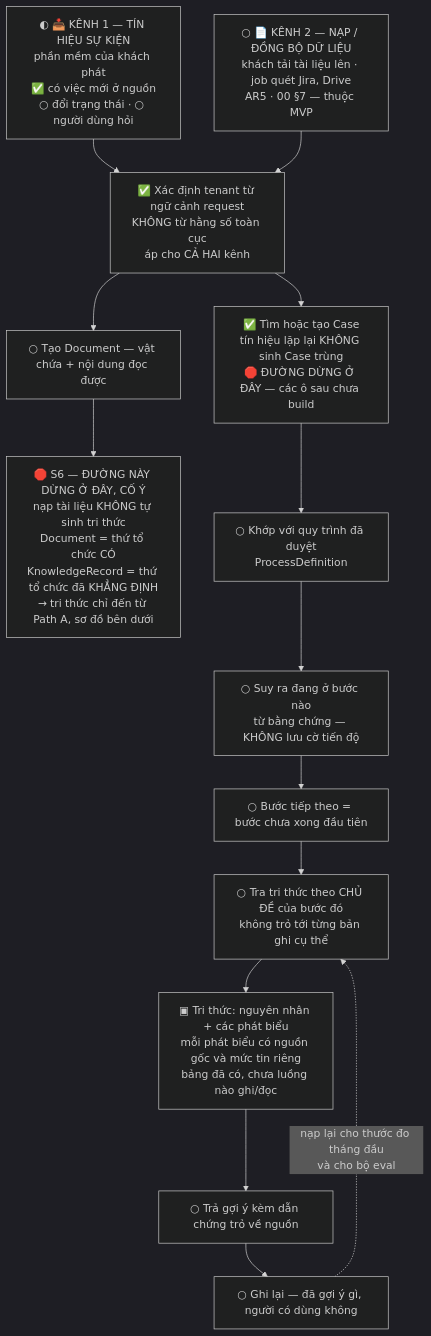
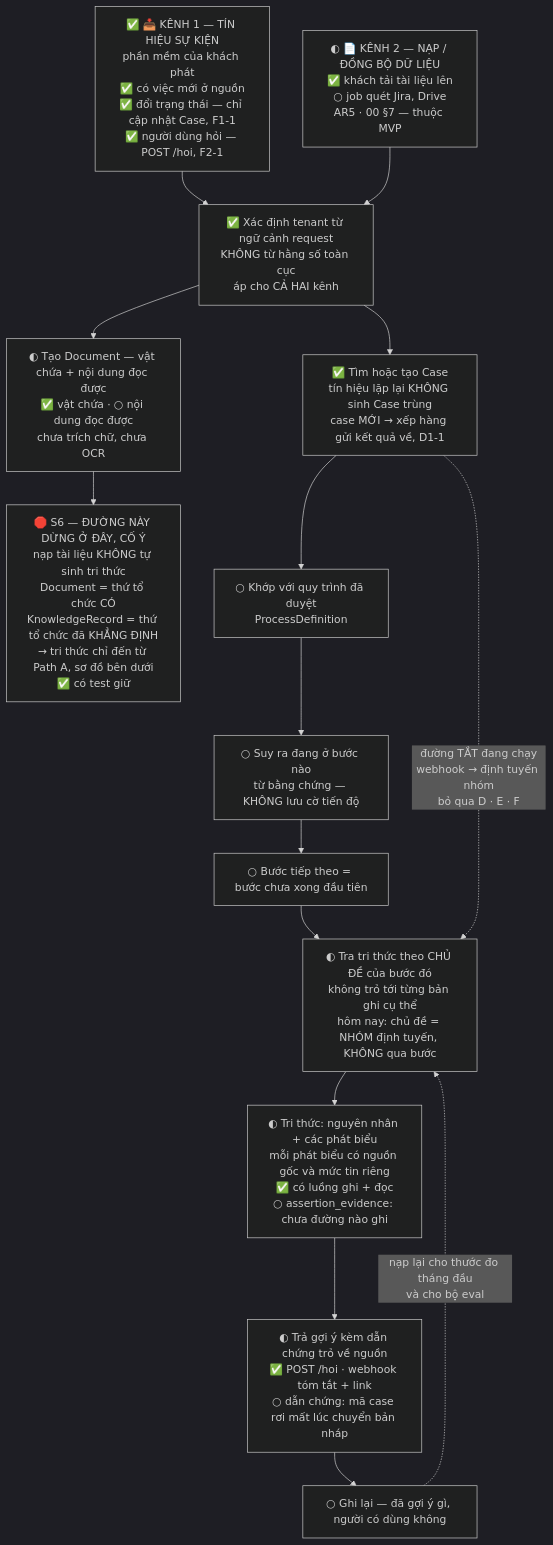
One commit to pvanh2706/ai-operational-platform changed the first of 4 diagrams in README.md. Above: the diagram before and after it, drawn with Mermaid (dark theme). The commit also changed other lines of this file and 2 other files, not shown here.

First line of the commit message:
Sơ đồ luồng tín hiệu tụt lại SAU code — và đường webhook tra bảng bằng sai dạng khoá

````diff
--- a/README.md
+++ b/README.md
@@ -292,22 +300,23 @@
 ```mermaid
 flowchart TD
-    A["◐ 📥 KÊNH 1 — TÍN HIỆU SỰ KIỆN<br/>phần mềm của khách phát<br/>✅ có việc mới ở nguồn<br/>○ đổi trạng thái · ○ người dùng hỏi"]
-    A2["○ 📄 KÊNH 2 — NẠP / ĐỒNG BỘ DỮ LIỆU<br/>khách tải tài liệu lên · job quét Jira, Drive<br/>AR5 · 00 §7 — thuộc MVP"]
+    A["✅ 📥 KÊNH 1 — TÍN HIỆU SỰ KIỆN<br/>phần mềm của khách phát<br/>✅ có việc mới ở nguồn<br/>✅ đổi trạng thái — chỉ cập nhật Case, F1-1<br/>✅ người dùng hỏi — POST /hoi, F2-1"]
+    A2["◐ 📄 KÊNH 2 — NẠP / ĐỒNG BỘ DỮ LIỆU<br/>✅ khách tải tài liệu lên<br/>○ job quét Jira, Drive<br/>AR5 · 00 §7 — thuộc MVP"]
     B["✅ Xác định tenant từ ngữ cảnh request<br/>KHÔNG từ hằng số toàn cục<br/>áp cho CẢ HAI kênh"]
-    K["○ Tạo Document — vật chứa + nội dung đọc được"]
-    S6["🛑 S6 — ĐƯỜNG NÀY DỪNG Ở ĐÂY, CỐ Ý<br/>nạp tài liệu KHÔNG tự sinh tri thức<br/>Document = thứ tổ chức CÓ<br/>KnowledgeRecord = thứ tổ chức đã KHẲNG ĐỊNH<br/>→ tri thức chỉ đến từ Path A, sơ đồ bên dưới"]
-    C["✅ Tìm hoặc tạo Case<br/>tín hiệu lặp lại KHÔNG sinh Case trùng<br/>🛑 ĐƯỜNG DỪNG Ở ĐÂY — các ô sau chưa build"]
+    K["◐ Tạo Document — vật chứa + nội dung đọc được<br/>✅ vật chứa · ○ nội dung đọc được<br/>chưa trích chữ, chưa OCR"]
+    S6["🛑 S6 — ĐƯỜNG NÀY DỪNG Ở ĐÂY, CỐ Ý<br/>nạp tài liệu KHÔNG tự sinh tri thức<br/>Document = thứ tổ chức CÓ<br/>KnowledgeRecord = thứ tổ chức đã KHẲNG ĐỊNH<br/>→ tri thức chỉ đến từ Path A, sơ đồ bên dưới<br/>✅ có test giữ"]
+    C["✅ Tìm hoặc tạo Case<br/>tín hiệu lặp lại KHÔNG sinh Case trùng<br/>case MỚI → xếp hàng gửi kết quả về, D1-1"]
     D["○ Khớp với quy trình đã duyệt<br/>ProcessDefinition"]
     E["○ Suy ra đang ở bước nào<br/>từ bằng chứng — KHÔNG lưu cờ tiến độ"]
     F["○ Bước tiếp theo = bước chưa xong đầu tiên"]
-    G["○ Tra tri thức theo CHỦ ĐỀ của bước đó<br/>không trỏ tới từng bản ghi cụ thể"]
-    H["▣ Tri thức: nguyên nhân + các phát biểu<br/>mỗi phát biểu có nguồn gốc và mức tin riêng<br/>bảng đã có, chưa luồng nào ghi/đọc"]
-    I["○ Trả gợi ý kèm dẫn chứng trỏ về nguồn"]
+    G["◐ Tra tri thức theo CHỦ ĐỀ của bước đó<br/>không trỏ tới từng bản ghi cụ thể<br/>hôm nay: chủ đề = NHÓM định tuyến, KHÔNG qua bước"]
+    H["◐ Tri thức: nguyên nhân + các phát biểu<br/>mỗi phát biểu có nguồn gốc và mức tin riêng<br/>✅ có luồng ghi + đọc<br/>○ assertion_evidence: chưa đường nào ghi"]
+    I["◐ Trả gợi ý kèm dẫn chứng trỏ về nguồn<br/>✅ POST /hoi · webhook tóm tắt + link<br/>○ dẫn chứng: mã case rơi mất lúc chuyển bản nháp"]
     J["○ Ghi lại — đã gợi ý gì, người có dùng không"]
 
     A --> B
     A2 --> B
     B --> C --> D --> E --> F --> G --> H --> I --> J
     B --> K --> S6
+    C -.->|"đường TẮT đang chạy<br/>webhook → định tuyến nhóm<br/>bỏ qua D · E · F"| G
     J -.->|"nạp lại cho thước đo tháng đầu<br/>và cho bộ eval"| G
 ```
````
